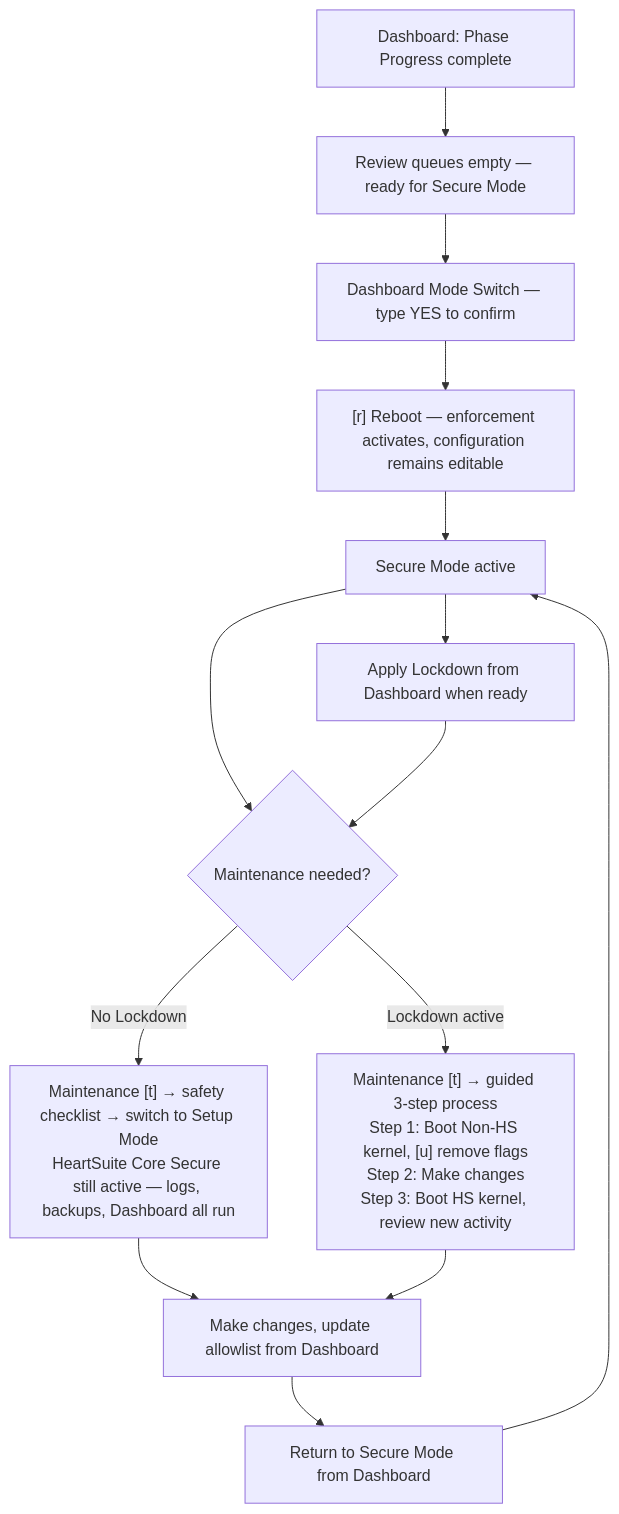
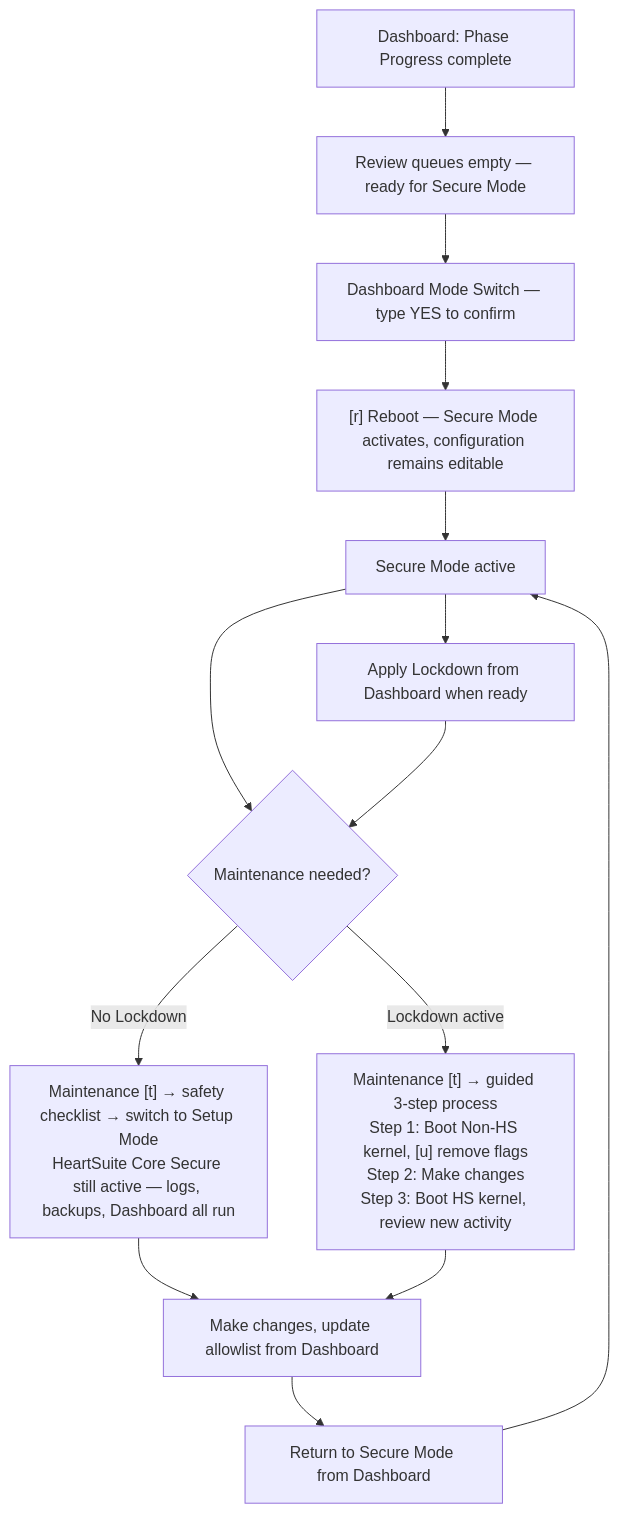
Before and after one commit to HeartSecuritySuite/heartsuite-docs: the diagram in content/en/docs/mode-switching/index.md, drawn with Mermaid. The commit also changed other lines of this file and 6 other files, not shown here.

````diff
--- a/content/en/docs/mode-switching/index.md
+++ b/content/en/docs/mode-switching/index.md
@@ -56,16 +56,16 @@
 ```mermaid
 graph TD
     A["Dashboard: Phase Progress complete"] --> B["Review queues empty — ready for Secure Mode"];
     B --> C["Dashboard Mode Switch — type YES to confirm"];
-    C --> D["[r] Reboot — enforcement activates, configuration remains editable"];
+    C --> D["[r] Reboot — Secure Mode activates, configuration remains editable"];
     D --> E["Secure Mode active"];
     E --> F["Apply Lockdown from Dashboard when ready"];
     E --> G{Maintenance needed?};
     F --> G;
     G --> |"No Lockdown"| H["Maintenance [t] → safety checklist → switch to Setup Mode\nHeartSuite Core Secure still active — logs, backups, Dashboard all run"];
     G --> |"Lockdown active"| I["Maintenance [t] → guided 3-step process\nStep 1: Boot Non-HS kernel, [u] remove flags\nStep 2: Make changes\nStep 3: Boot HS kernel, review new activity"];
     H --> J["Make changes, update allowlist from Dashboard"];
     I --> J;
     J --> N["Return to Secure Mode from Dashboard"];
     N --> E;
 ```
````
